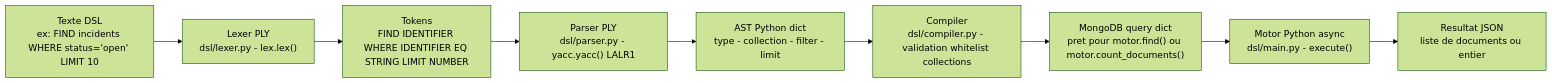
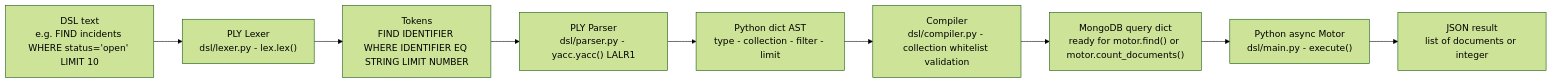
Before and after one commit to creibaud/QuartierConnect: the first of 2 diagrams in docs/DSL.md, drawn with Mermaid (forest theme). The commit also changed other lines of this file and 155 other files, not shown here.

````diff
--- a/docs/DSL.md
+++ b/docs/DSL.md
@@ -37,14 +37,14 @@
 ```mermaid
 flowchart LR
-    A["Texte DSL<br/>ex: FIND incidents WHERE status='open' LIMIT 10"]
-    B["Lexer PLY<br/>dsl/lexer.py - lex.lex()"]
+    A["DSL text<br/>e.g. FIND incidents WHERE status='open' LIMIT 10"]
+    B["PLY Lexer<br/>dsl/lexer.py - lex.lex()"]
     C["Tokens<br/>FIND IDENTIFIER WHERE IDENTIFIER EQ STRING LIMIT NUMBER"]
-    D["Parser PLY<br/>dsl/parser.py - yacc.yacc() LALR1"]
-    E["AST Python dict<br/>type - collection - filter - limit"]
-    F["Compiler<br/>dsl/compiler.py - validation whitelist collections"]
-    G["MongoDB query dict<br/>pret pour motor.find() ou motor.count_documents()"]
-    H["Motor Python async<br/>dsl/main.py - execute()"]
-    I["Resultat JSON<br/>liste de documents ou entier"]
+    D["PLY Parser<br/>dsl/parser.py - yacc.yacc() LALR1"]
+    E["Python dict AST<br/>type - collection - filter - limit"]
+    F["Compiler<br/>dsl/compiler.py - collection whitelist validation"]
+    G["MongoDB query dict<br/>ready for motor.find() or motor.count_documents()"]
+    H["Python async Motor<br/>dsl/main.py - execute()"]
+    I["JSON result<br/>list of documents or integer"]
 
     A --> B --> C --> D --> E --> F --> G --> H --> I
 ```
````
